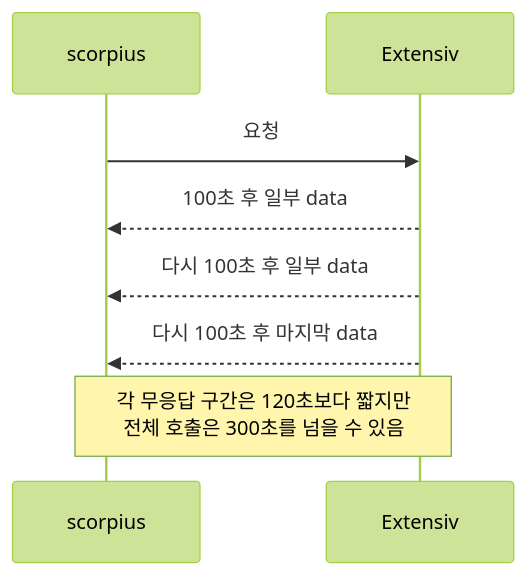
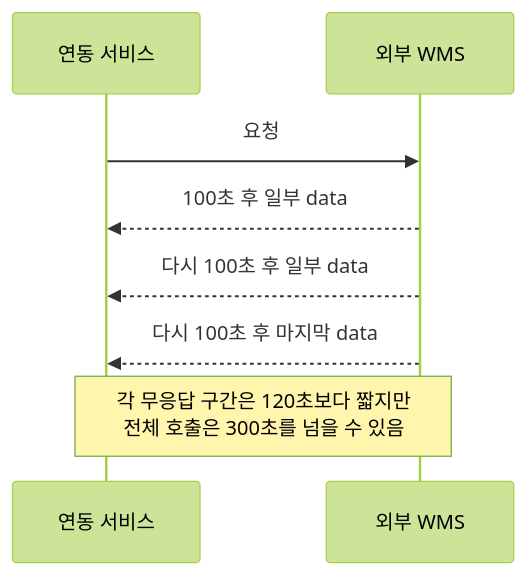
The diagram in books/주니어-백엔드-개발자가-반드시-알아야-할-실무-지식/04-외부-연동이-문제일-때-살펴봐야-할-것들/10-실무-사례-동기-외부-api와-계층별-timeout.md (devholic22/logistics-backend-study), drawn with Mermaid (forest theme) before and after one commit. The commit also changed other lines of this file and 11 other files, not shown here.

````diff
--- a/books/주니어-백엔드-개발자가-반드시-알아야-할-실무-지식/04-외부-연동이-문제일-때-살펴봐야-할-것들/10-실무-사례-동기-외부-api와-계층별-timeout.md
+++ b/books/주니어-백엔드-개발자가-반드시-알아야-할-실무-지식/04-외부-연동이-문제일-때-살펴봐야-할-것들/10-실무-사례-동기-외부-api와-계층별-timeout.md
@@ -96,10 +92,10 @@
 ```mermaid
 sequenceDiagram
-    participant S as scorpius
-    participant E as Extensiv
+    participant S as 연동 서비스
+    participant E as 외부 WMS
     S->>E: 요청
     E-->>S: 100초 후 일부 data
     E-->>S: 다시 100초 후 일부 data
     E-->>S: 다시 100초 후 마지막 data
     Note over S,E: 각 무응답 구간은 120초보다 짧지만<br/>전체 호출은 300초를 넘을 수 있음
 ```
````
